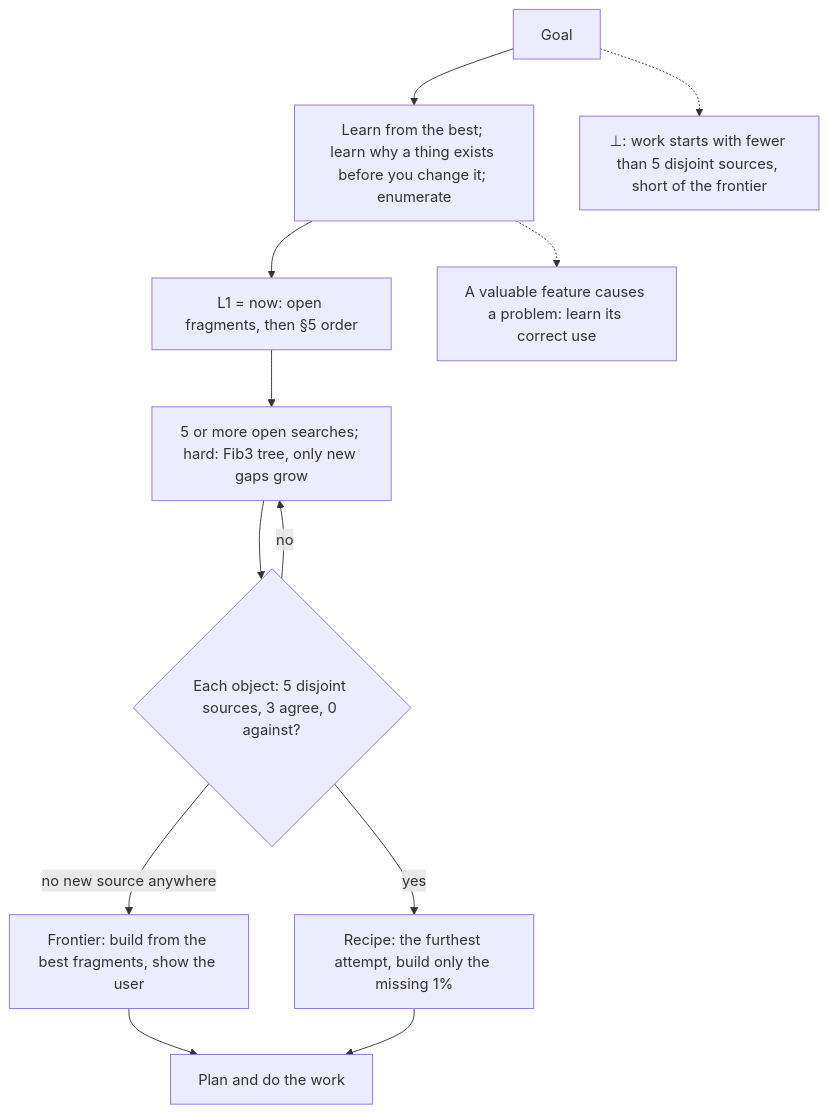
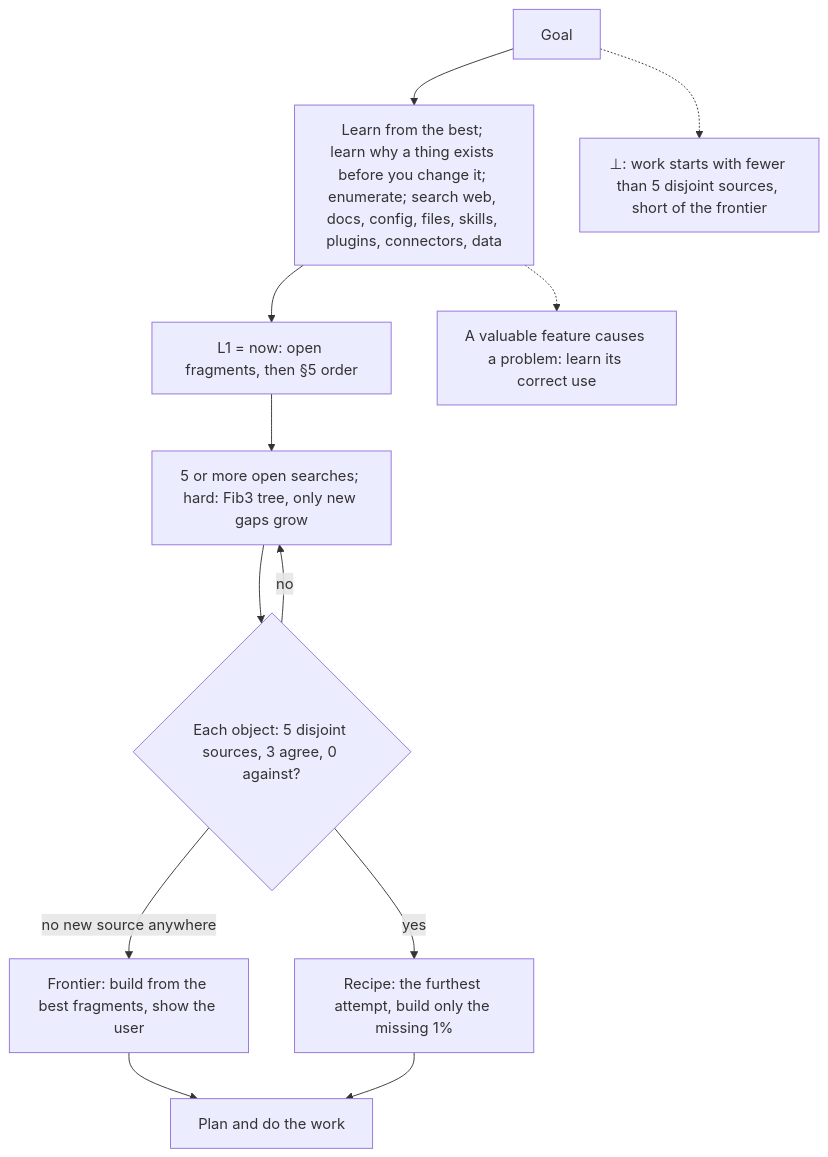
The fourth of 14 diagrams in AGENTS.md (SolenixAI/arbiter), drawn with Mermaid before and after one commit. The commit also changed other lines of this file and 1 other file, not shown here.

````diff
--- a/AGENTS.md
+++ b/AGENTS.md
@@ -153,10 +154,10 @@
 ```mermaid
 flowchart TD
-  G[Goal] --> L["Learn from the best; learn why a thing exists before you change it; enumerate"] --> F1["L1 = now: open fragments, then §5 order"] --> Q["5 or more open searches; hard: Fib3 tree, only new gaps grow"]
+  G[Goal] --> L["Learn from the best; learn why a thing exists before you change it; enumerate; search web, docs, config, files, skills, plugins, connectors, data"] --> F1["L1 = now: open fragments, then §5 order"] --> Q["5 or more open searches; hard: Fib3 tree, only new gaps grow"]
   Q --> N{"Each object: 5 disjoint sources, 3 agree, 0 against?"}
   N -->|no| Q
   N -->|no new source anywhere| U["Frontier: build from the best fragments, show the user"] --> B[Plan and do the work]
   N -->|yes| R["Recipe: the furthest attempt, build only the missing 1%"] --> B
   L -.-> NB["A valuable feature causes a problem: learn its correct use"]
   G -.-> BOT["⊥: work starts with fewer than 5 disjoint sources, short of the frontier"]
 ```
````
